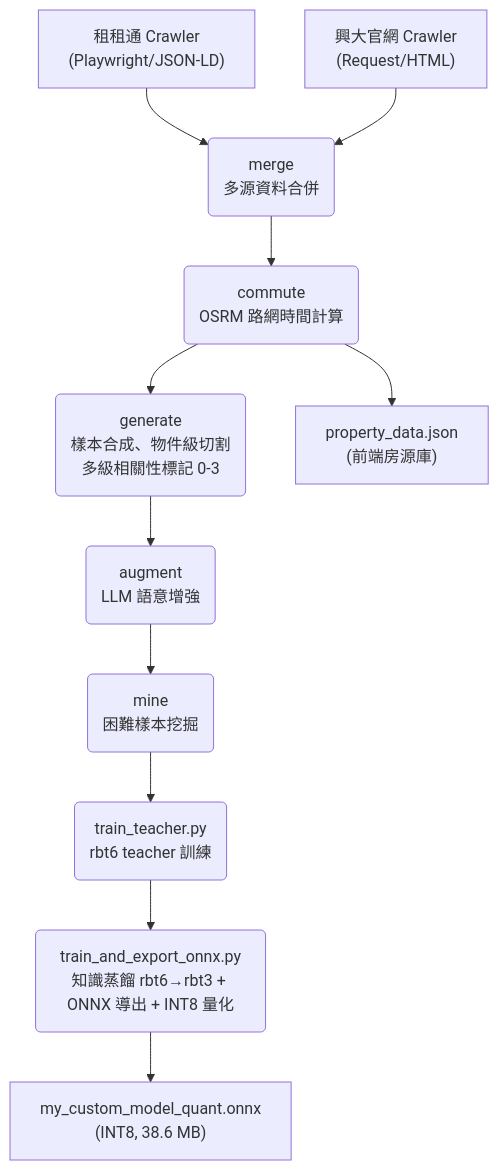
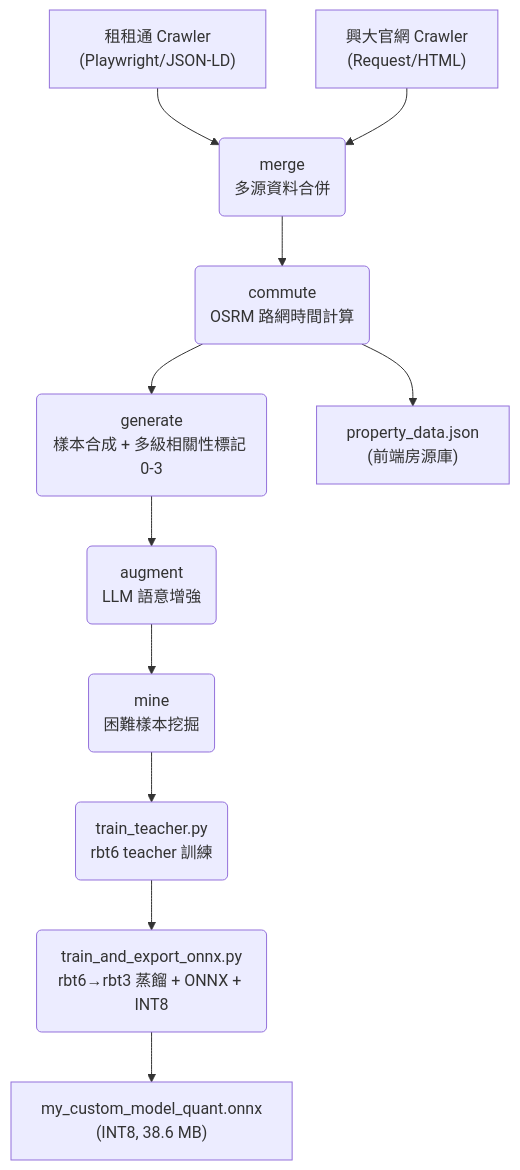
Before and after one commit to eric20041027/nchu-edge-rental-ai: the first of 2 diagrams in README.md, drawn with Mermaid. The commit also changed other lines of this file, not shown here.

````diff
--- a/README.md
+++ b/README.md
@@ -36,13 +78,13 @@
 ```mermaid
 graph TD
     A1["租租通 Crawler\n(Playwright/JSON-LD)"] --> B("merge\n多源資料合併")
     A2["興大官網 Crawler\n(Request/HTML)"] --> B
     B --> C("commute\nOSRM 路網時間計算")
-    C --> D("generate\n樣本合成、物件級切割\n多級相關性標記 0-3")
+    C --> D("generate\n樣本合成 + 多級相關性標記 0-3")
     D --> E("augment\nLLM 語意增強")
     E --> F("mine\n困難樣本挖掘")
     F --> G1("train_teacher.py\nrbt6 teacher 訓練")
-    G1 --> G2("train_and_export_onnx.py\n知識蒸餾 rbt6→rbt3 + ONNX 導出 + INT8 量化")
+    G1 --> G2("train_and_export_onnx.py\nrbt6→rbt3 蒸餾 + ONNX + INT8")
     G2 --> H["my_custom_model_quant.onnx\n(INT8, 38.6 MB)"]
     C --> J["property_data.json\n(前端房源庫)"]
 ```
````
